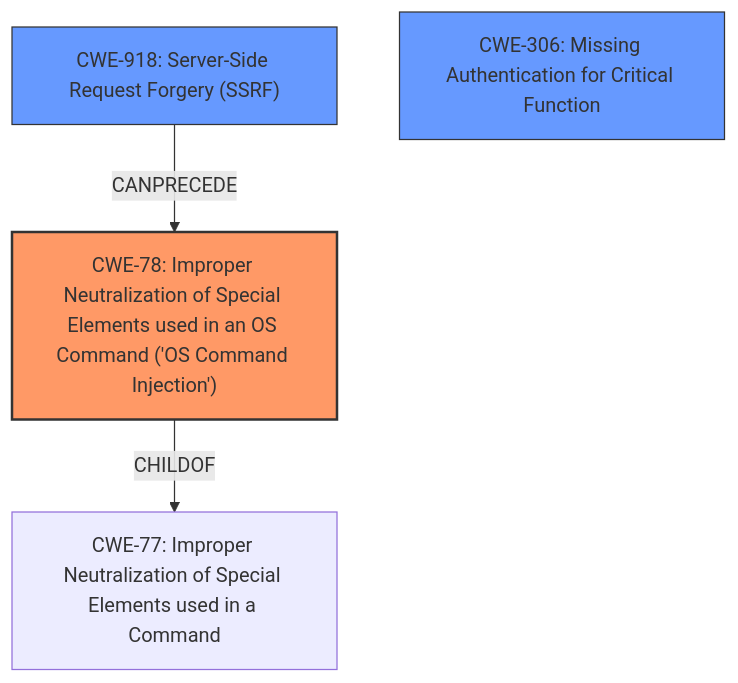
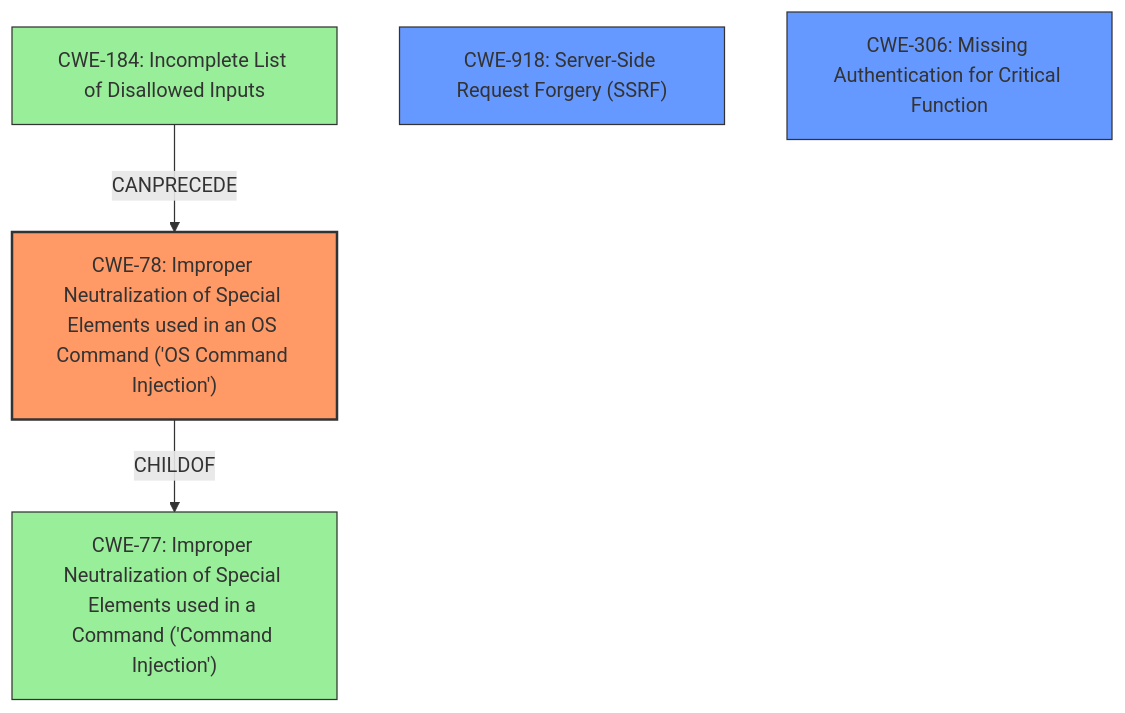
Before and after one commit to CyberSecAI/cwe_agent_assign_reports_2023: the diagram in CVE-2021-27561/CVE-2021-27561_analysis.md, drawn with Mermaid. The commit also changed other lines of this file and 902 other files, not shown here.

````diff
--- a/CVE-2021-27561/CVE-2021-27561_analysis.md
+++ b/CVE-2021-27561/CVE-2021-27561_analysis.md
@@ -18,16 +19,18 @@
 ```mermaid
 graph TD
     cwe78["CWE-78: Improper Neutralization of Special Elements used in an OS Command ('OS Command Injection')"]
-    cwe77["CWE-77: Improper Neutralization of Special Elements used in a Command"]
+    cwe77["CWE-77: Improper Neutralization of Special Elements used in a Command ('Command Injection')"]
+    cwe184["CWE-184: Incomplete List of Disallowed Inputs"]
     cwe918["CWE-918: Server-Side Request Forgery (SSRF)"]
     cwe306["CWE-306: Missing Authentication for Critical Function"]
 
     cwe78 -->|CHILDOF| cwe77
-    cwe918 -->|CANPRECEDE| cwe78
+    cwe184 -->|CANPRECEDE| cwe78
     
     classDef primary fill:#f96,stroke:#333,stroke-width:2px
     classDef secondary fill:#69f,stroke:#333
     classDef tertiary fill:#9e9,stroke:#333
     class cwe78 primary
     class cwe918,cwe306 secondary
+    class cwe77,cwe184 tertiary
 ```
````
